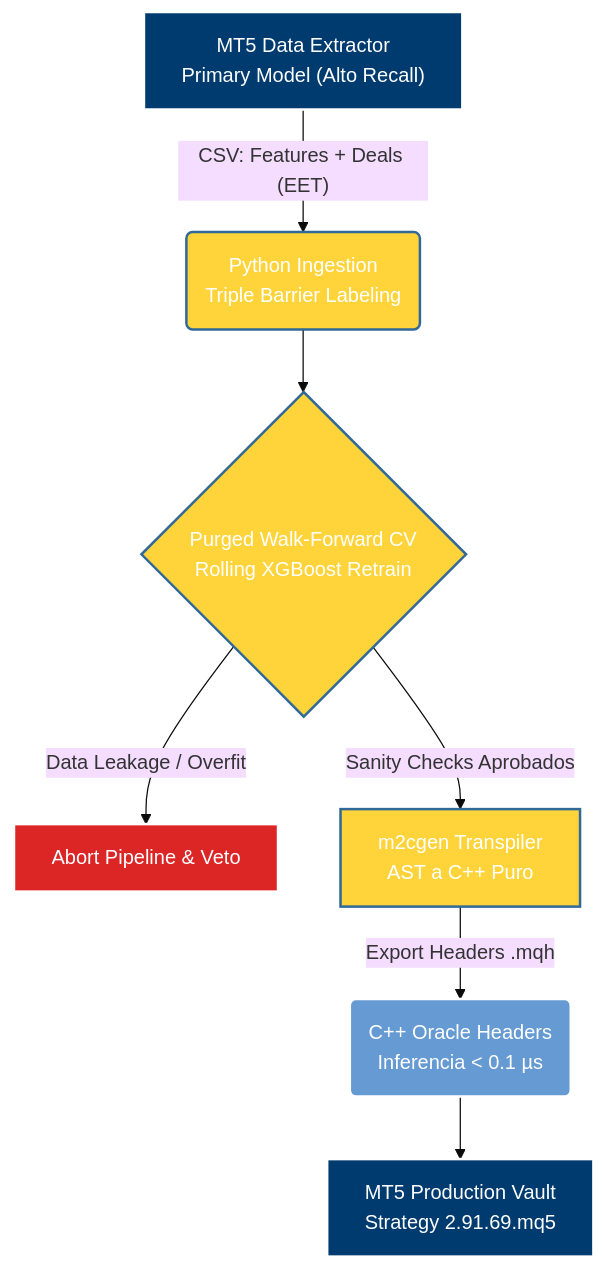
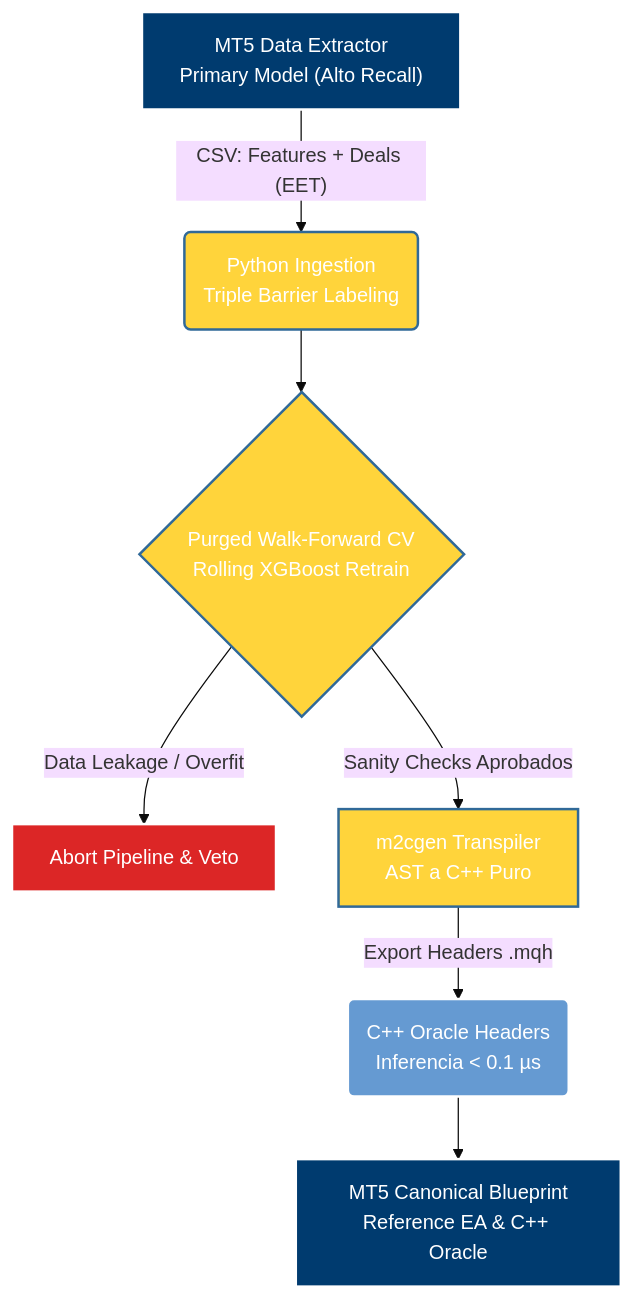
The diagram in README.md (manuel-amado/hma-metalabeling-core), drawn with Mermaid (base theme) before and after one commit. The commit also changed other lines of this file and 48 other files, not shown here.

````diff
--- a/README.md
+++ b/README.md
@@ -19,15 +20,15 @@
 ```mermaid
 flowchart TD
     %% Estilos institucionales
     classDef mql5 fill:#003b6f,stroke:#fff,stroke-width:2px,color:#fff
     classDef python fill:#ffd43b,stroke:#306998,stroke-width:2px,color:#fff
     classDef cpp fill:#659ad2,stroke:#fff,stroke-width:2px,color:#fff
     classDef fail fill:#dc2626,stroke:#fff,stroke-width:2px,color:#fff
 
     A["MT5 Data Extractor<br/>Primary Model (Alto Recall)"]:::mql5 -->|"CSV: Features + Deals (EET)"| B("Python Ingestion<br/>Triple Barrier Labeling"):::python
     B --> C{"Purged Walk-Forward CV<br/>Rolling XGBoost Retrain"}:::python
     C -->|"Data Leakage / Overfit"| E["Abort Pipeline & Veto"]:::fail
     C -->|"Sanity Checks Aprobados"| D["m2cgen Transpiler<br/>AST a C++ Puro"]:::python
     D -->|"Export Headers .mqh"| F("C++ Oracle Headers<br/>Inferencia < 0.1 µs"):::cpp
-    F --> G["MT5 Production Vault<br/>Strategy 2.91.69.mq5"]:::mql5
+    F --> G["MT5 Canonical Blueprint<br/>Reference EA & C++ Oracle"]:::mql5
 ```
````
